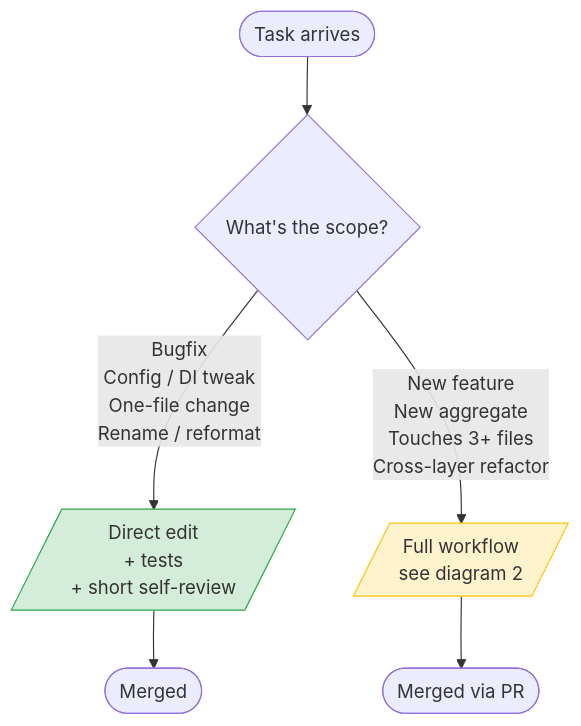
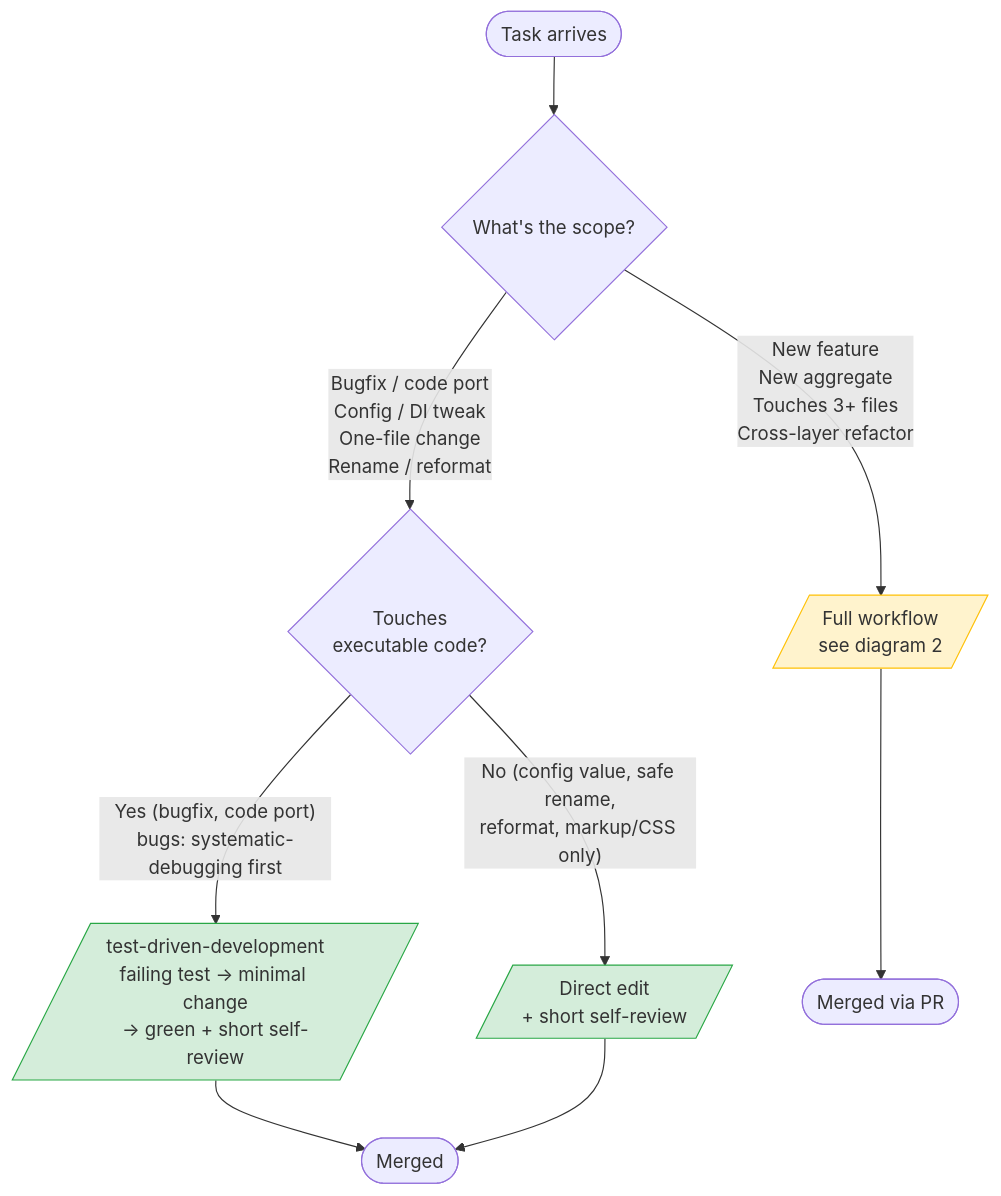
One commit to MudraMartin/dotlight-skillset changed the first of 3 diagrams in README.md. Above: the diagram before and after it, drawn with Mermaid. The commit also changed other lines of this file and 12 other files, not shown here.

Commit message:
Bumped version to 0.9.0 — TDD rewired into deterministic dispatch (Direct track test-first via executable-code gate, executing-plans REQUIRED sub-skill, namespace fix superpowers:→dotlight-skillset:, orchestration rule)

````diff
--- a/README.md
+++ b/README.md
@@ -168,11 +168,15 @@
 ```mermaid
 flowchart TD
     Start([Task arrives]) --> Triage{"What's the scope?"}
-    Triage -->|"Bugfix<br/>Config / DI tweak<br/>One-file change<br/>Rename / reformat"| Direct[/"Direct edit<br/>+ tests<br/>+ short self-review"/]
+    Triage -->|"Bugfix / code port<br/>Config / DI tweak<br/>One-file change<br/>Rename / reformat"| Behavior{"Touches<br/>executable code?"}
+    Behavior -->|"Yes (bugfix, code port)<br/>bugs: systematic-debugging first"| DirectTDD[/"test-driven-development<br/>failing test → minimal change<br/>→ green + short self-review"/]
+    Behavior -->|"No (config value, safe rename,<br/>reformat, markup/CSS only)"| DirectEdit[/"Direct edit<br/>+ short self-review"/]
     Triage -->|"New feature<br/>New aggregate<br/>Touches 3+ files<br/>Cross-layer refactor"| Full[/"Full workflow<br/>see diagram 2"/]
-    Direct --> DoneSmall([Merged])
+    DirectTDD --> DoneSmall([Merged])
+    DirectEdit --> DoneSmall
     Full --> DoneBig([Merged via PR])
 
-    style Direct fill:#d4edda,stroke:#28a745
+    style DirectTDD fill:#d4edda,stroke:#28a745
+    style DirectEdit fill:#d4edda,stroke:#28a745
     style Full fill:#fff3cd,stroke:#ffc107
 ```
````
